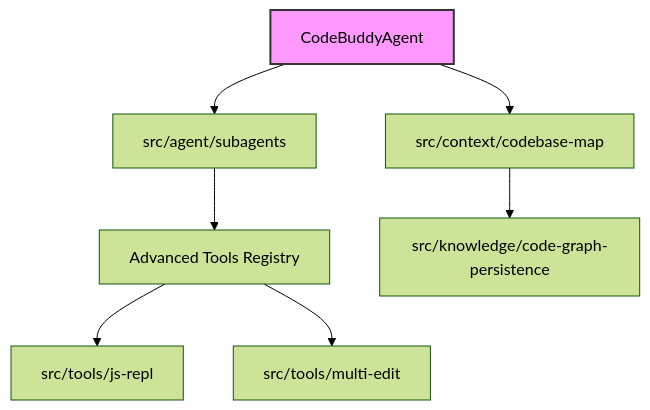
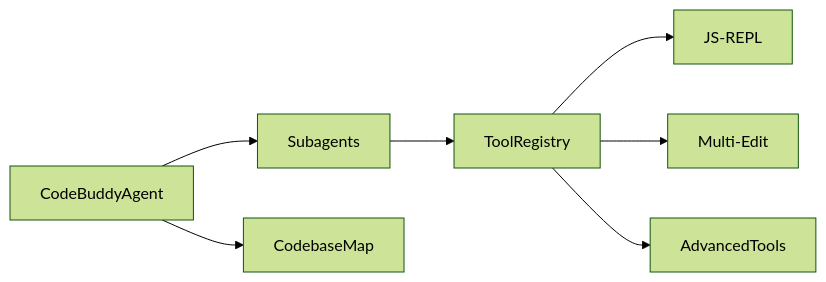
The diagram in .codebuddy/docs/3o-tool-implementations-core-agent-system.md (Zeeeepa/code-buddy), drawn with Mermaid (forest theme) before and after one commit. The commit also changed other lines of this file and 29 other files, not shown here.

````diff
--- a/.codebuddy/docs/3o-tool-implementations-core-agent-system.md
+++ b/.codebuddy/docs/3o-tool-implementations-core-agent-system.md
@@ -5,11 +17,9 @@
 ```mermaid
-graph TD
-    Agent[CodeBuddyAgent] --> Subagents[src/agent/subagents]
-    Subagents --> Tools[Advanced Tools Registry]
-    Tools --> JSR[src/tools/js-repl]
-    Tools --> MultiEdit[src/tools/multi-edit]
-    Agent --> Context[src/context/codebase-map]
-    Context --> Knowledge[src/knowledge/code-graph-persistence]
-    
-    style Agent fill:#f9f,stroke:#333,stroke-width:2px
+graph LR
+    Agent[CodeBuddyAgent] --> Sub[Subagents]
+    Agent --> Map[CodebaseMap]
+    Sub --> Registry[ToolRegistry]
+    Registry --> REPL[JS-REPL]
+    Registry --> Edit[Multi-Edit]
+    Registry --> Adv[AdvancedTools]
 ```
````
